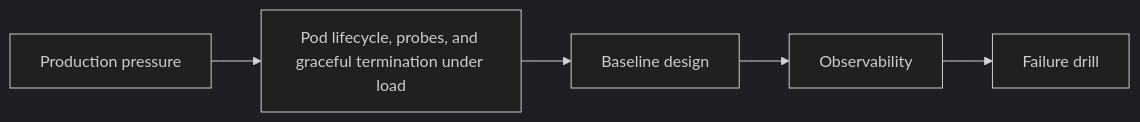
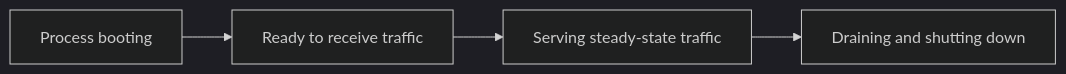
Before and after one commit to sandeepbhardwaj/sandeepbhardwaj.github.io: the diagram in _posts/2026-09-01-k8s-pod-lifecycle-probes-graceful-termination-part-1.md, drawn with Mermaid (dark theme). The commit also changed other lines of this file and 19 other files, not shown here.

````diff
--- a/_posts/2026-09-01-k8s-pod-lifecycle-probes-graceful-termination-part-1.md
+++ b/_posts/2026-09-01-k8s-pod-lifecycle-probes-graceful-termination-part-1.md
@@ -57,7 +65,6 @@
 ```mermaid
 flowchart LR
-    A[Production pressure] --> B[Pod lifecycle, probes, and graceful termination under load]
-    B --> C[Baseline design]
-    C --> D[Observability]
-    D --> E[Failure drill]
+    A[Process booting] --> B[Ready to receive traffic]
+    B --> C[Serving steady-state traffic]
+    C --> D[Draining and shutting down]
 ```
````
